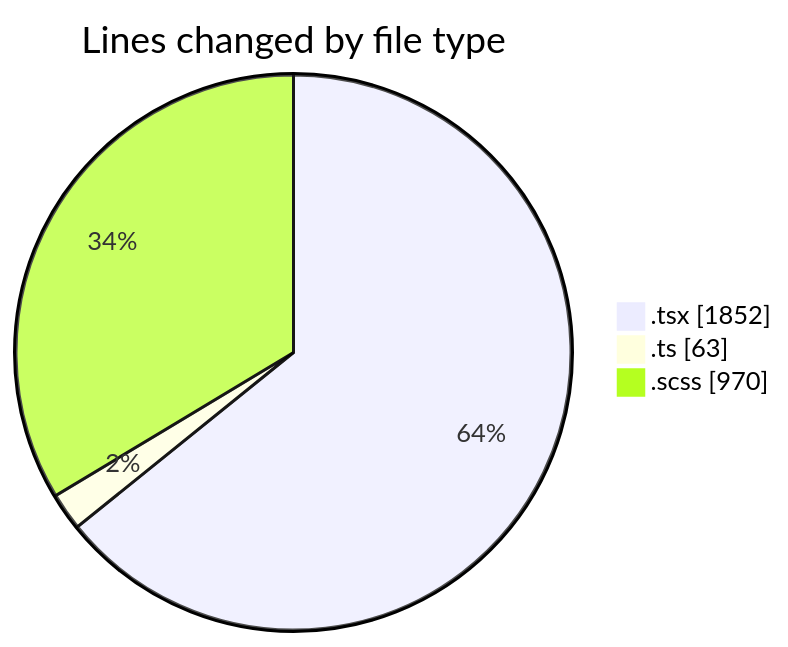
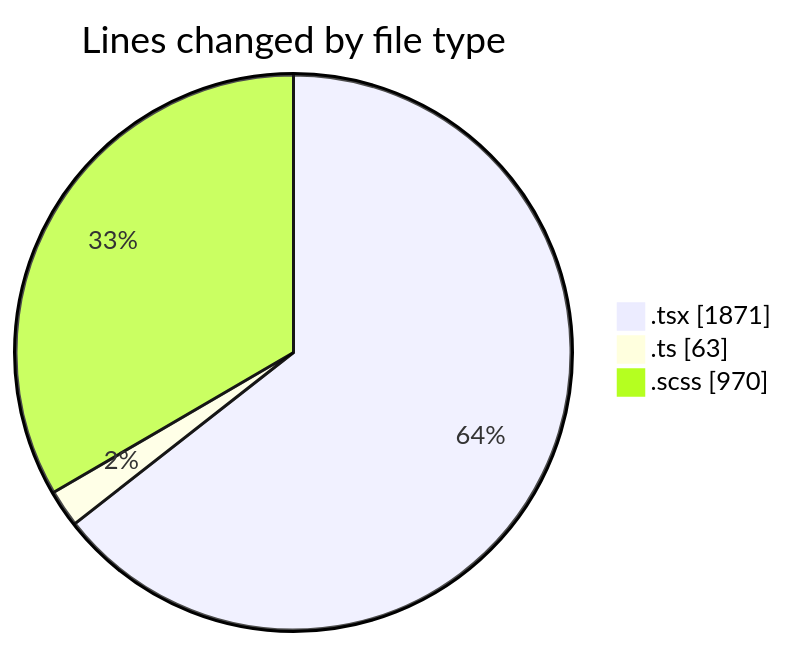
One commit to momahboobian/code-tracking changed the first of 2 diagrams in 2025-04-02/cda/README.md. Above: the diagram before and after it, drawn with Mermaid. The commit also changed other lines of this file and 1 other file, not shown here.

````diff
--- a/2025-04-02/cda/README.md
+++ b/2025-04-02/cda/README.md
@@ -30,7 +30,7 @@
 ```mermaid
 pie showData
 title Lines changed by file type
-".tsx" : 1852
+".tsx" : 1871
 ".ts" : 63
 ".scss" : 970
 ```
````
